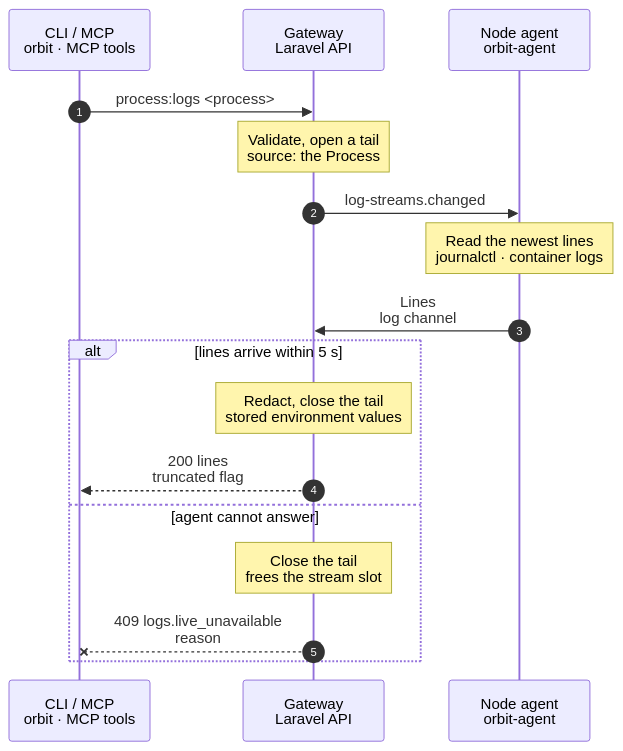
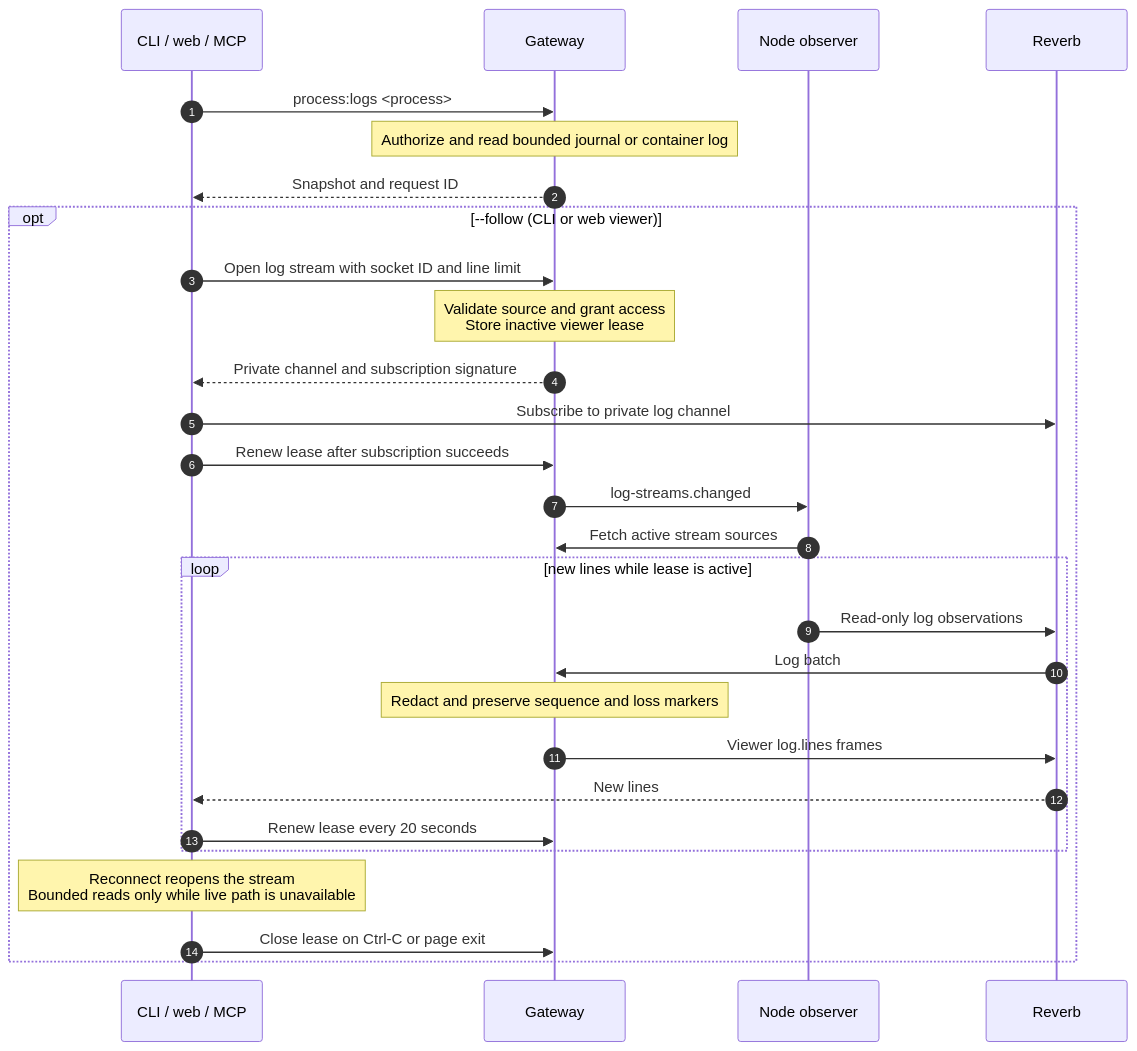
The diagram in docs/cli/process/logs.mmd (hardimpactdev/orbit), drawn with Mermaid before and after one commit. The commit also changed 11 other files, not shown here.

Commit message:
docs(cli): specify logs and schedule streaming

```diff
--- a/docs/cli/process/logs.mmd
+++ b/docs/cli/process/logs.mmd
@@ -1,53 +1,31 @@
 sequenceDiagram
-  %% Target design: Nick 2026-11-06, agent strip (a): a log read is a typed source of the agent's log streaming. No SSH, no agent command, no Swamp run (R1).
   %% status: draft
   %% command: process:logs
   %% kind: process.logs
   autonumber
-  %% lane CLI icon=terminal pill=caller tone=gray
-  %% lane GW icon=gateway pill=intent tone=blue
-  %% lane A icon=server pill=observer tone=amber
-  participant CLI as CLI / MCP<br/>orbit · MCP tools
-  participant GW as Gateway<br/>Laravel API
-  participant A as Node agent<br/>orbit-agent
+  participant CLI as CLI / web / MCP
+  participant GW as Gateway
+  participant A as Node observer
+  participant R as Reverb
   CLI->>GW: process:logs <process>
-  %%> Command:
-  %%> - `orbit process:logs <process>`
-  %%> - syntax: `process:logs <process> [--lines=COUNT] [--follow] [--json]`
-  %%> Input:
-  %%> - the numeric Process ID from `process:list`
-  %%> Who can call it:
-  %%> - the `orbit` CLI, the web app and the MCP tool send the same request
-  Note over GW: Validate, open a tail<br/>source: the Process
-  %%> Requirements:
-  %%> - your Node has an access grant to the Node that runs the Process
-  %%> - the agent of that Node has a fresh view and has joined its log channel
-  %%> - the Node has a free stream slot (16 for each Node)
-  %%> Result:
-  %%> - the Gateway opens the tail for itself with the requested line count and starts it at once; it needs no viewer channel
-  %%> - the source is derived by the Gateway: the Process's systemd unit, or its container labelled `orbit.managed=true` and `orbit.process.id`
-  %%> - the caller names no path or unit
-  GW->>A: log-streams.changed
-  %%> What it does:
-  %%> - prompts the agent to fetch its stream list over HTTPS; the event carries no data
-  Note over A: Read the newest lines<br/>journalctl · container logs
-  %%> What it does:
-  %%> - a systemd Process: read-only `journalctl --unit … --output short-iso --utc`, newest entries first, each entry cut at 256 KiB
-  %%> - a Docker Process: the container's standard output and error, in the order written
-  %%> - the agent redacts each line and sends the first lines as one batch, also when the batch is empty, so the Gateway knows the read is complete
-  A->>GW: Lines<br/>log channel
-  alt lines arrive within 5 s
-    Note over GW: Redact, close the tail<br/>stored environment values
-    GW-->>CLI: 200 lines<br/>truncated flag
-    %%> Result:
-    %%> - at most the requested number of newest lines and 256 KiB; `truncated` is set when either limit left out older lines
-    %%> - an empty log is an empty list
-  else agent cannot answer
-    Note over GW: Close the tail<br/>frees the stream slot
-    GW--xCLI: 409 logs.live_unavailable<br/>reason
-    %%> When:
-    %%> - the agent view is stale, the agent has not joined its log channel, the source cannot be read, or no batch arrives within 5 s
-    %%> - `logs.stream_limit` (429) when the Node already has 16 open tails
-    %%> Result:
-    %%> - there is no SSH fallback and no polling; read again once the agent is back
+  Note over GW: Authorize and read bounded journal or container log
+  GW-->>CLI: Snapshot and request ID
+  opt --follow (CLI or web viewer)
+    CLI->>GW: Open log stream with socket ID and line limit
+    Note over GW: Validate source and grant access<br/>Store inactive viewer lease
+    GW-->>CLI: Private channel and subscription signature
+    CLI->>R: Subscribe to private log channel
+    CLI->>GW: Renew lease after subscription succeeds
+    GW->>A: log-streams.changed
+    A->>GW: Fetch active stream sources
+    loop new lines while lease is active
+      A->>R: Read-only log observations
+      R->>GW: Log batch
+      Note over GW: Redact and preserve sequence and loss markers
+      GW->>R: Viewer log.lines frames
+      R-->>CLI: New lines
+      CLI->>GW: Renew lease every 20 seconds
+    end
+    Note over CLI: Reconnect reopens the stream<br/>Bounded reads only while live path is unavailable
+    CLI->>GW: Close lease on Ctrl-C or page exit
   end
```
